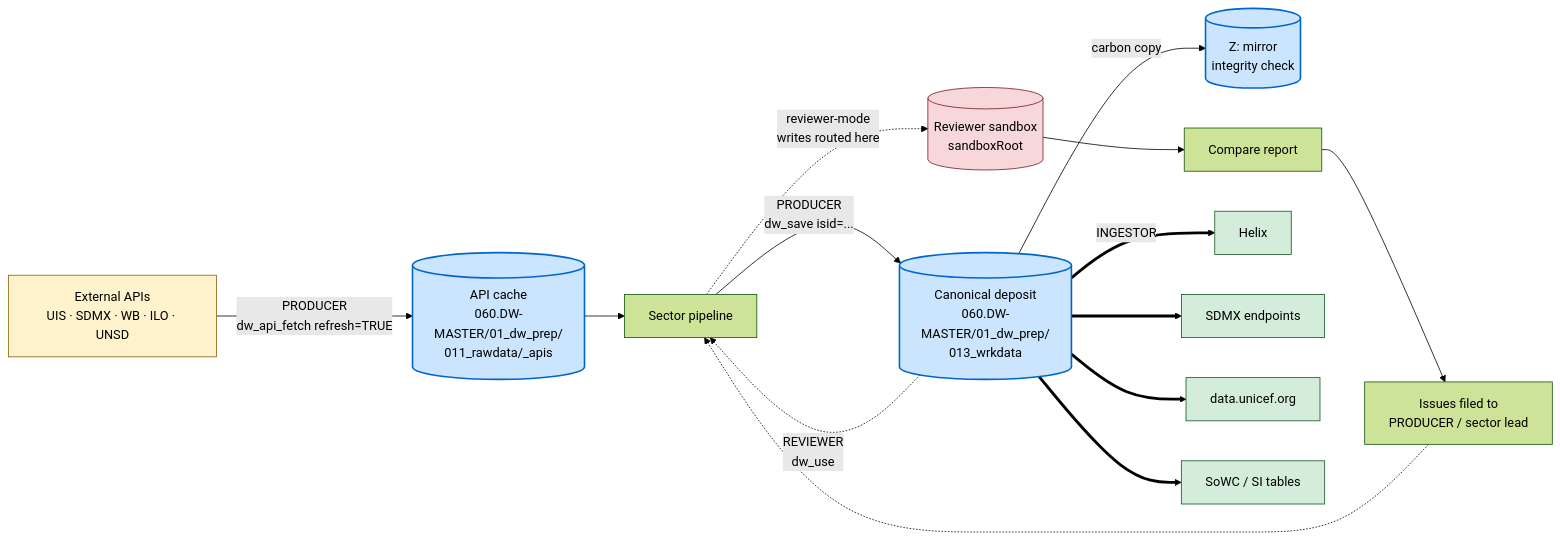
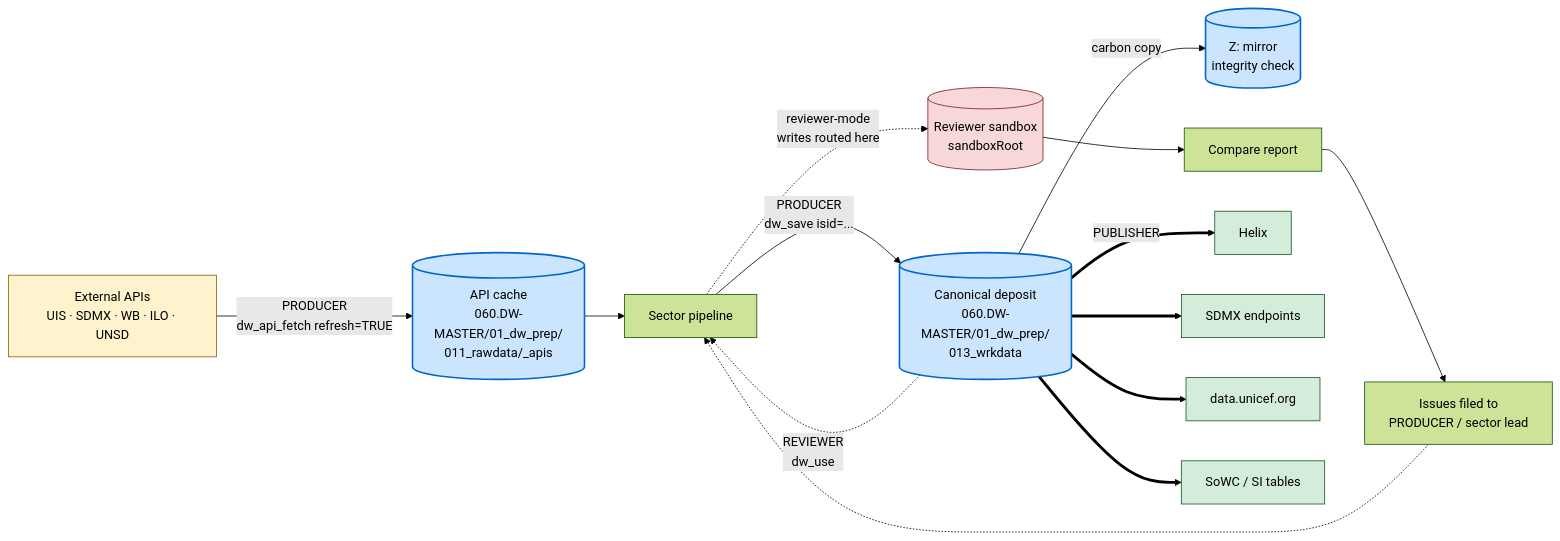
Before and after one commit to unicef-drp/cso-toolkit: the first of 2 diagrams in docs/roles_and_workflow.md, drawn with Mermaid (forest theme). The commit also changed other lines of this file and 6 other files, not shown here.

First line of the commit message:
docs: rename third role INGESTOR -> PUBLISHER; map DBM/DBR/DBP

````diff
--- a/docs/roles_and_workflow.md
+++ b/docs/roles_and_workflow.md
@@ -16,43 +16,43 @@
 ```mermaid
 flowchart LR
     APIs[External APIs<br/>UIS · SDMX · WB · ILO · UNSD]
     Cache[(API cache<br/>060.DW-MASTER/01_dw_prep/<br/>011_rawdata/_apis)]
     Pipeline[Sector pipeline]
     Canonical[(Canonical deposit<br/>060.DW-MASTER/01_dw_prep/<br/>013_wrkdata)]
     Zmirror[(Z: mirror<br/>integrity check)]
 
     Sandbox[(Reviewer sandbox<br/>sandboxRoot)]
     CompareReport[Compare report]
     Issues[Issues filed to<br/>PRODUCER / sector lead]
 
     Helix[Helix]
     SDMXout[SDMX endpoints]
     Portal[data.unicef.org]
     SoWC[SoWC / SI tables]
 
     APIs -->|PRODUCER<br/>dw_api_fetch refresh=TRUE| Cache
     Cache --> Pipeline
     Pipeline -->|PRODUCER<br/>dw_save isid=...| Canonical
     Canonical -->|carbon copy| Zmirror
 
     Canonical -.->|REVIEWER<br/>dw_use| Pipeline
     Pipeline -.->|reviewer-mode<br/>writes routed here| Sandbox
     Sandbox --> CompareReport
     CompareReport --> Issues
     Issues -.-> Pipeline
 
-    Canonical ==>|INGESTOR| Helix
+    Canonical ==>|PUBLISHER| Helix
     Canonical ==> SDMXout
     Canonical ==> Portal
     Canonical ==> SoWC
 
     classDef external fill:#fff3cd,stroke:#856404
     classDef canonical fill:#cce5ff,stroke:#0066cc,stroke-width:2px
     classDef sandbox fill:#f8d7da,stroke:#721c24
     classDef downstream fill:#d4edda,stroke:#155724
 
     class APIs external
     class Cache,Canonical,Zmirror canonical
     class Sandbox sandbox
     class Helix,SDMXout,Portal,SoWC downstream
 ```
````
